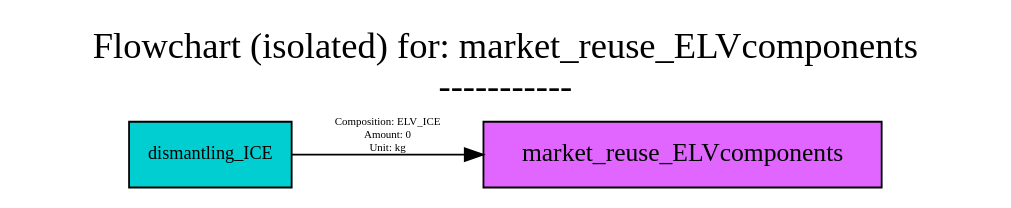
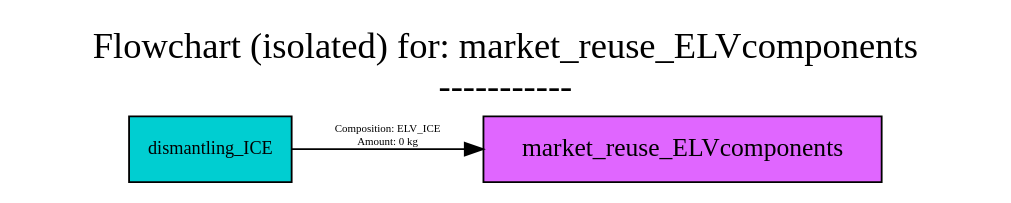
The diagram in src/examples/ELV/figures/flowcharts/processes/dot/market_reuse_ELVcomponents.dot (FutuRaM-Project/Recovery-Model), drawn with Graphviz before and after one commit. The commit also changed 177 other files, not shown here.

```diff
--- a/src/examples/ELV/figures/flowcharts/processes/dot/market_reuse_ELVcomponents.dot
+++ b/src/examples/ELV/figures/flowcharts/processes/dot/market_reuse_ELVcomponents.dot
@@ -1,42 +1,41 @@
 digraph {
-	graph [bb="0,0,486,91",
+	graph [bb="0,0,486,88",
 		font=Cabin,
 		fontname=Cabin,
 		fontsize=20,
 		label="Flowchart (isolated) for: market_reuse_ELVcomponents
 -----------",
 		labeljust=c,
 		labelloc=tc,
 		lheight=0.61,
-		lp="243,65",
+		lp="243,62",
 		lwidth=6.53,
 		nodesep=0.6,
 		rankdir=LR,
 		ranksep=0.6
 	];
 	node [label="\N"];
 	market_reuse_ELVcomponents	[fillcolor=mediumorchid1,
 		fontname=Cabin,
 		fontsize=14,
 		height=0.5,
 		pos="335.5,18",
 		shape=box,
 		style=filled,
 		width=2.8056];
 	dismantling_ICE	[fillcolor=darkturquoise,
 		fontname=Cabin,
 		fontsize=10,
 		height=0.5,
 		pos="92,18",
 		shape=box,
 		style=filled,
 		width=1.1806];
 	dismantling_ICE -> market_reuse_ELVcomponents	[color=black,
 		fontname=Cabin,
 		fontsize=6,
 		label="Composition: ELV_ICE
-Amount: 0 
-Unit: kg",
-		lp="184.5,28.5",
+Amount: 0 kg",
+		lp="184.5,25",
 		pos="e,234.33,18 134.52,18 159.34,18 192.16,18 224.03,18"];
 }
```
